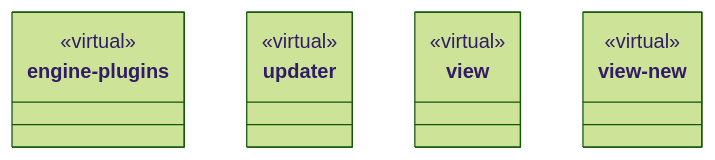
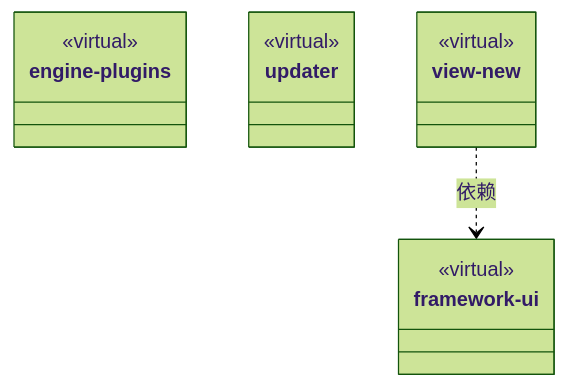
Before and after one commit to nan023062/cbim: the second of 2 diagrams in src/ARCHITECTURE.md, drawn with Mermaid (forest theme). The commit also changed other lines of this file and 525 other files, not shown here.

````diff
--- a/src/ARCHITECTURE.md
+++ b/src/ARCHITECTURE.md
@@ -74,19 +76,20 @@
 ```mermaid
 classDiagram
 class N_be04b6eef23f["engine-plugins"] {
   <<virtual>>
 }
 click N_be04b6eef23f href "engine-plugins/ARCHITECTURE.md"
 class N_b572c76539a3["updater"] {
   <<virtual>>
 }
 click N_b572c76539a3 href "updater/ARCHITECTURE.md"
-class N_eae847246398["view"] {
-  <<virtual>>
-}
-click N_eae847246398 href "view/ARCHITECTURE.md"
 class N_c755adb87123["view-new"] {
   <<virtual>>
 }
 click N_c755adb87123 href "view-new/ARCHITECTURE.md"
+class FrameworkUI["framework-ui"] {
+  <<virtual>>
+}
+click FrameworkUI href "framework-ui/ARCHITECTURE.md"
+N_c755adb87123 ..> FrameworkUI : 依赖
 ```
````
